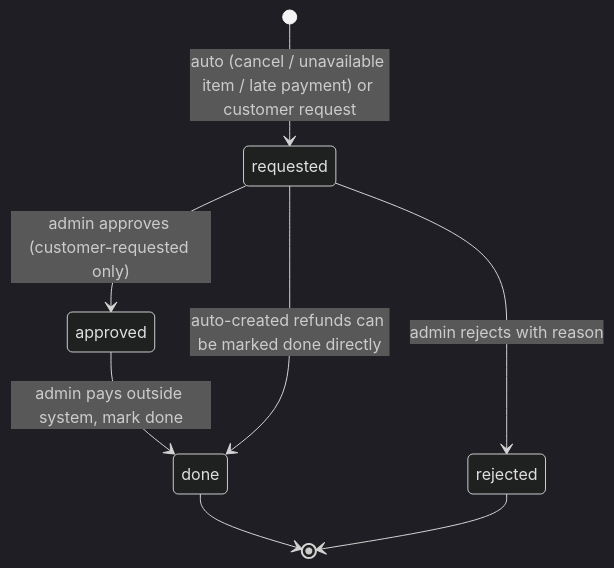
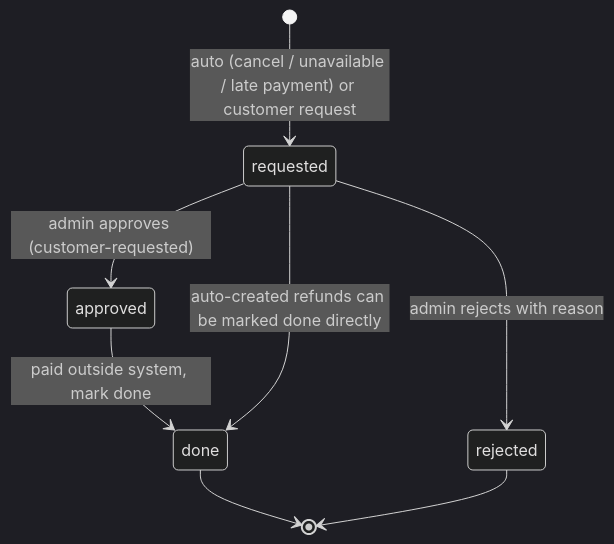
One commit to reboot-ai-private-limited/darjeeling-stores-quick-commerce changed the seventh of 8 diagrams in docs/02-workflows.md. Above: the diagram before and after it, drawn with Mermaid (dark theme). The commit also changed other lines of this file and 6 other files, not shown here.

````diff
--- a/docs/02-workflows.md
+++ b/docs/02-workflows.md
@@ -215,10 +255,10 @@
 ```mermaid
 stateDiagram-v2
-    [*] --> requested: auto (cancel / unavailable item / late payment) or customer request
-    requested --> approved: admin approves (customer-requested only)
+    [*] --> requested: auto (cancel / unavailable / late payment) or customer request
+    requested --> approved: admin approves (customer-requested)
     requested --> rejected: admin rejects with reason
-    approved --> done: admin pays outside system, mark done
+    approved --> done: paid outside system, mark done
     requested --> done: auto-created refunds can be marked done directly
     done --> [*]
     rejected --> [*]
 ```
````
